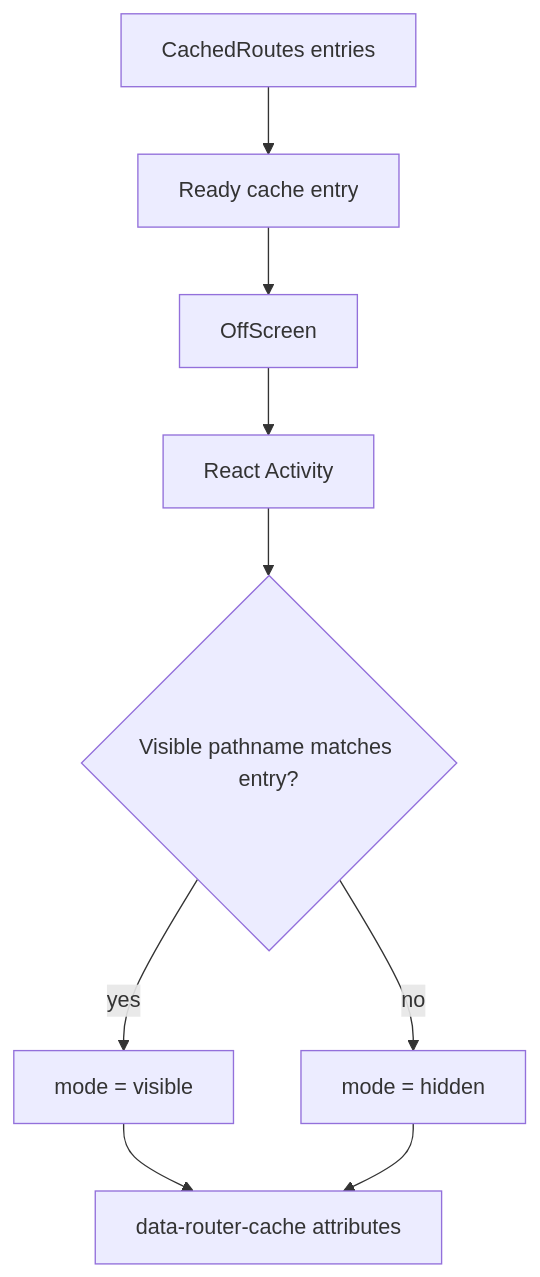
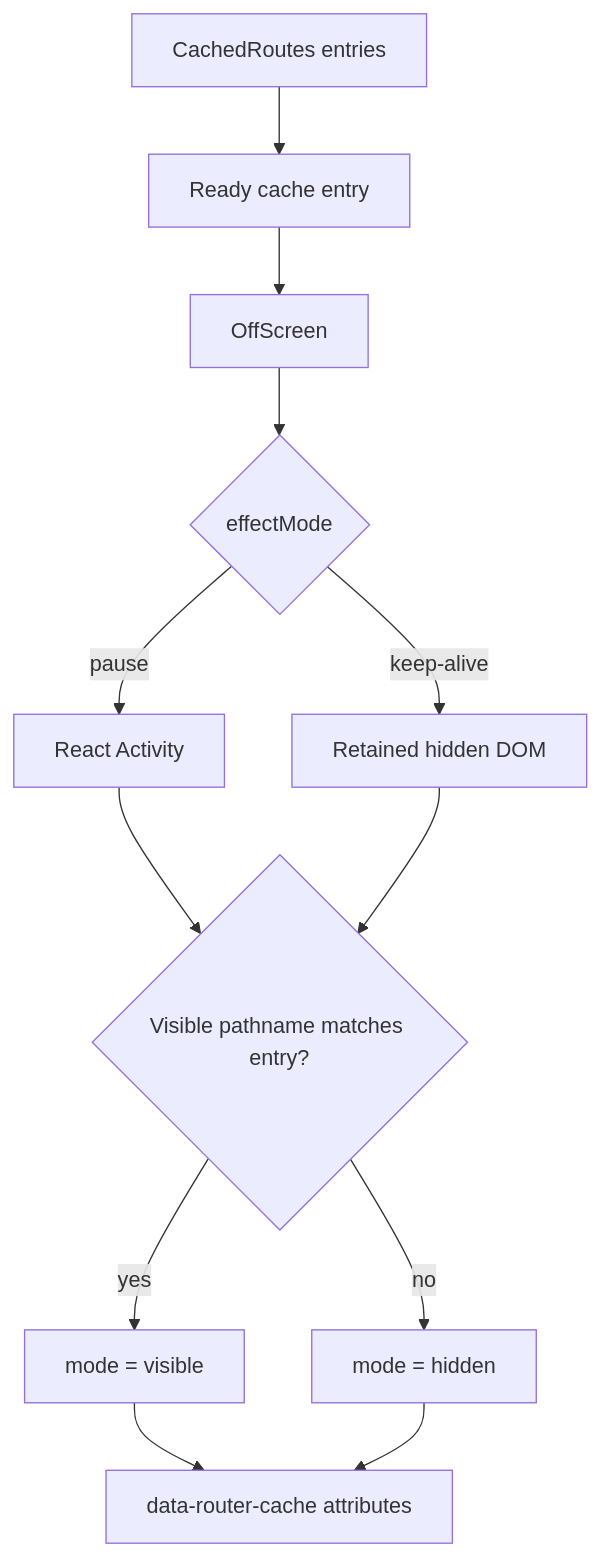
The eighth of 15 diagrams in docs/architecture.md (santiago-ramos-02/tanstack-router-cache), drawn with Mermaid before and after one commit. The commit also changed other lines of this file and 16 other files, not shown here.

Commit message:
Add keep-alive route effects and fix lifecycle hooks

````diff
--- a/docs/architecture.md
+++ b/docs/architecture.md
@@ -269,15 +272,19 @@
 ```mermaid
 flowchart TD
   routes["CachedRoutes entries"]
   entry["Ready cache entry"]
   offscreen["OffScreen"]
+  effectMode{"effectMode"}
   activity["React Activity"]
+  retainedDom["Retained hidden DOM"]
   mode{"Visible pathname matches entry?"}
   visible["mode = visible"]
   hidden["mode = hidden"]
   dom["data-router-cache attributes"]
 
-  routes --> entry --> offscreen --> activity --> mode
+  routes --> entry --> offscreen --> effectMode
+  effectMode -- pause --> activity --> mode
+  effectMode -- keep-alive --> retainedDom --> mode
   mode -- yes --> visible --> dom
   mode -- no --> hidden --> dom
 ```
````
